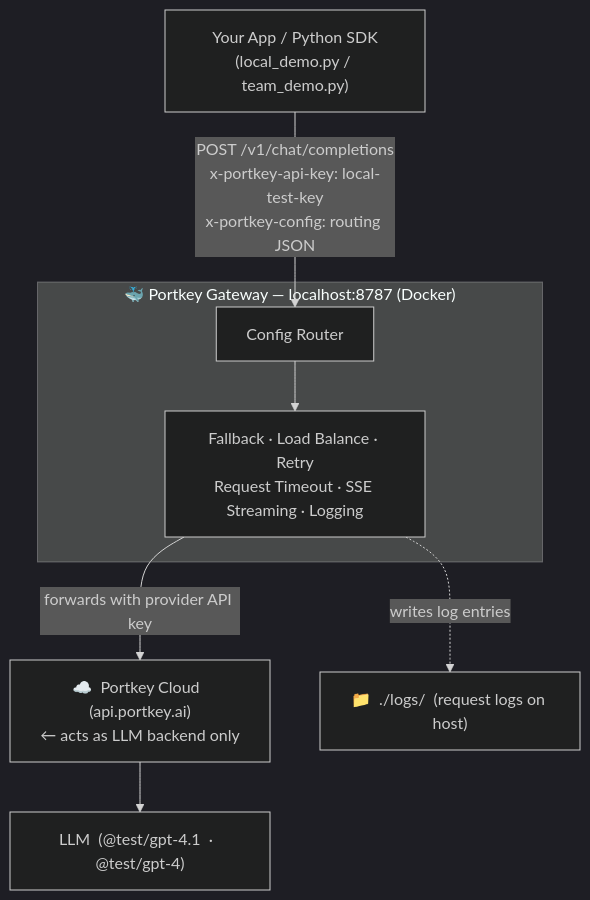
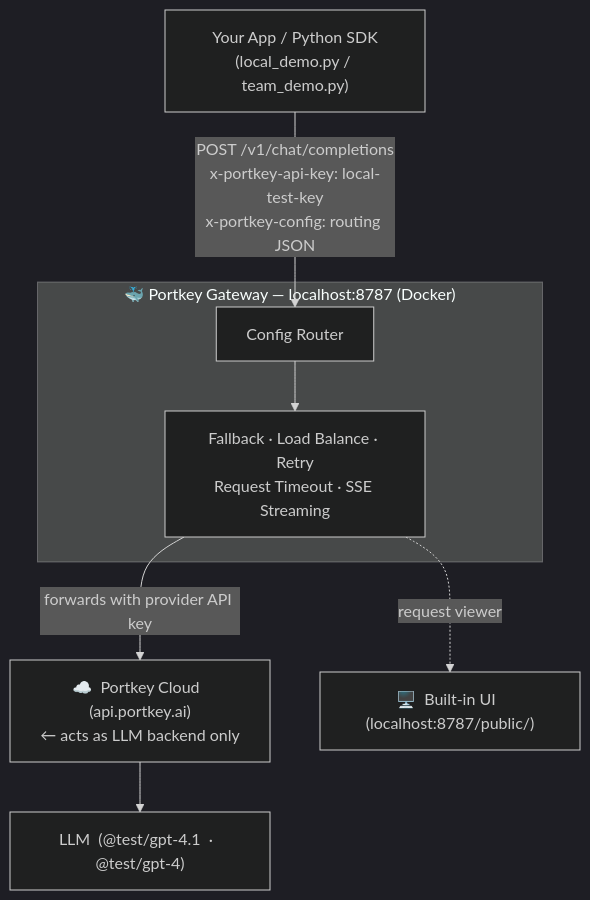
The diagram in experiments/portkey/portkey-local-poc/README.md (one2nc/ai_observability), drawn with Mermaid (dark theme) before and after one commit. The commit also changed other lines of this file and 1 other file, not shown here.

Commit message:
fix(portkey-local-poc): local logging and point to built-in UI

````diff
--- a/experiments/portkey/portkey-local-poc/README.md
+++ b/experiments/portkey/portkey-local-poc/README.md
@@ -9,19 +9,19 @@
 ```mermaid
 flowchart TD
     App["Your App / Python SDK<br/>(local_demo.py / team_demo.py)"]
 
     subgraph GW["🐳  Portkey Gateway  —  localhost:8787  (Docker)"]
         Router["Config Router"]
-        Feat["Fallback · Load Balance · Retry<br/>Request Timeout · SSE Streaming · Logging"]
+        Feat["Fallback · Load Balance · Retry<br/>Request Timeout · SSE Streaming"]
         Router --> Feat
     end
 
     Cloud["☁️  Portkey Cloud  (api.portkey.ai)<br/>← acts as LLM backend only"]
     LLM["LLM  (@test/gpt-4.1  ·  @test/gpt-4)"]
-    Logs["📁  ./logs/  (request logs on host)"]
+    UI["🖥️  Built-in UI  (localhost:8787/public/)"]
 
     App -->|"POST /v1/chat/completions<br/>x-portkey-api-key: local-test-key<br/>x-portkey-config: routing JSON"| Router
     Feat -->|"forwards with provider API key"| Cloud
     Cloud --> LLM
-    Feat -.->|"writes log entries"| Logs
+    Feat -.->|"request viewer"| UI
 ```
````
